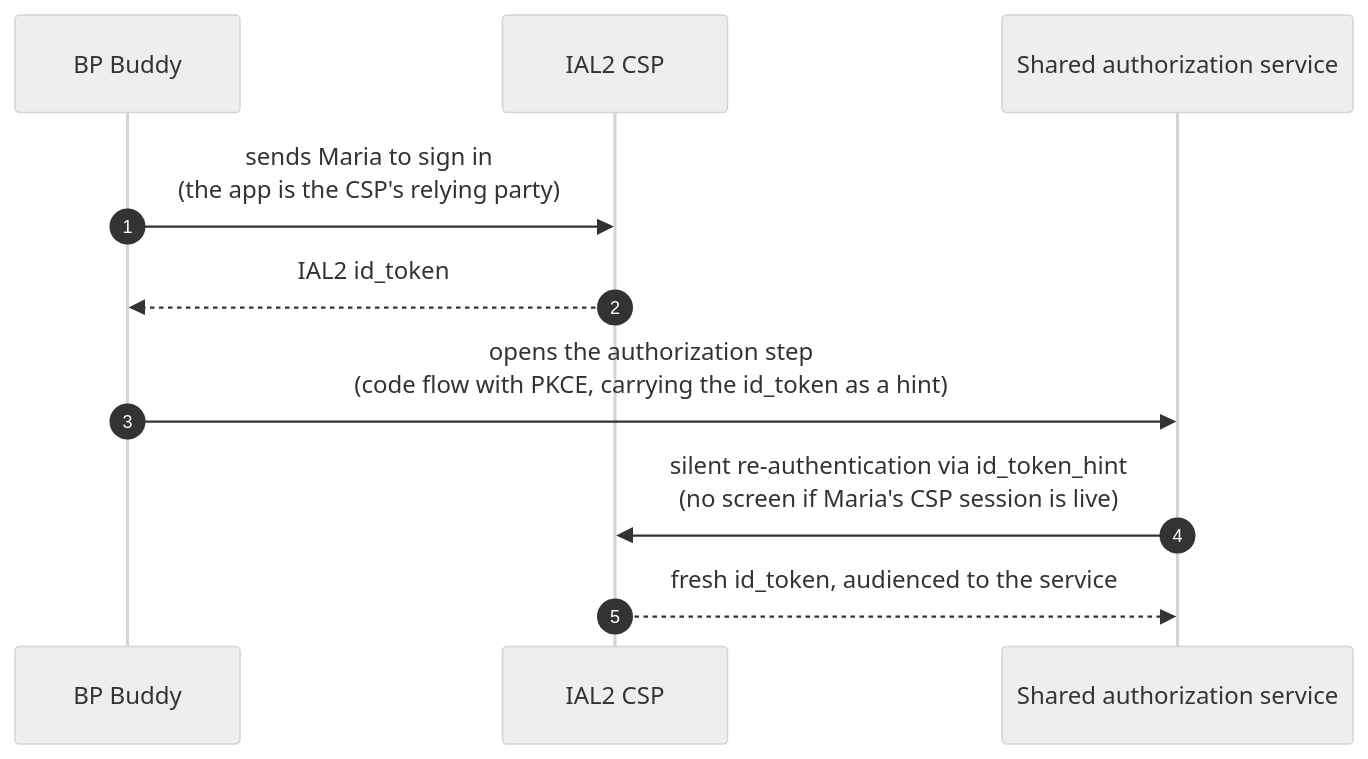
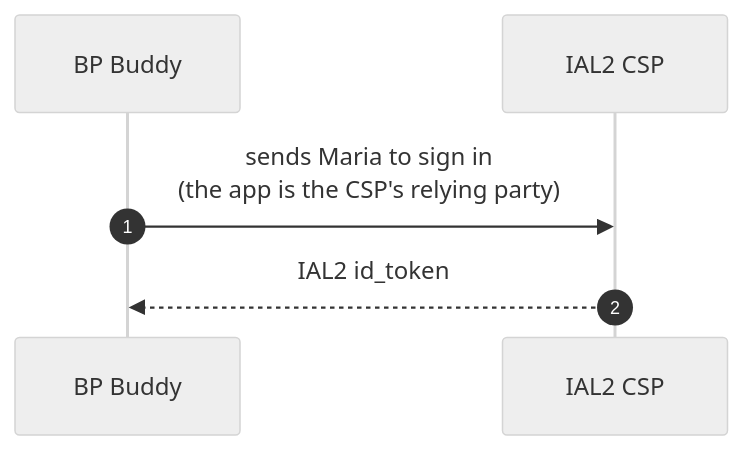
One commit to icanbwell/cms-ns changed the fifth of 10 diagrams in authorizing-access.md. Above: the diagram before and after it, drawn with Mermaid (neutral theme). The commit also changed other lines of this file, not shown here.

````diff
--- a/authorizing-access.md
+++ b/authorizing-access.md
@@ -154,13 +154,9 @@
 ```mermaid
 sequenceDiagram
     autonumber
     participant App as BP Buddy
     participant CSP as IAL2 CSP
-    participant SAS as Shared authorization service
 
     App->>CSP: sends Maria to sign in<br/>(the app is the CSP's relying party)
     CSP-->>App: IAL2 id_token
-    App->>SAS: opens the authorization step<br/>(code flow with PKCE, carrying the id_token as a hint)
-    SAS->>CSP: silent re-authentication via id_token_hint<br/>(no screen if Maria's CSP session is live)
-    CSP-->>SAS: fresh id_token, audienced to the service
 ```
````
